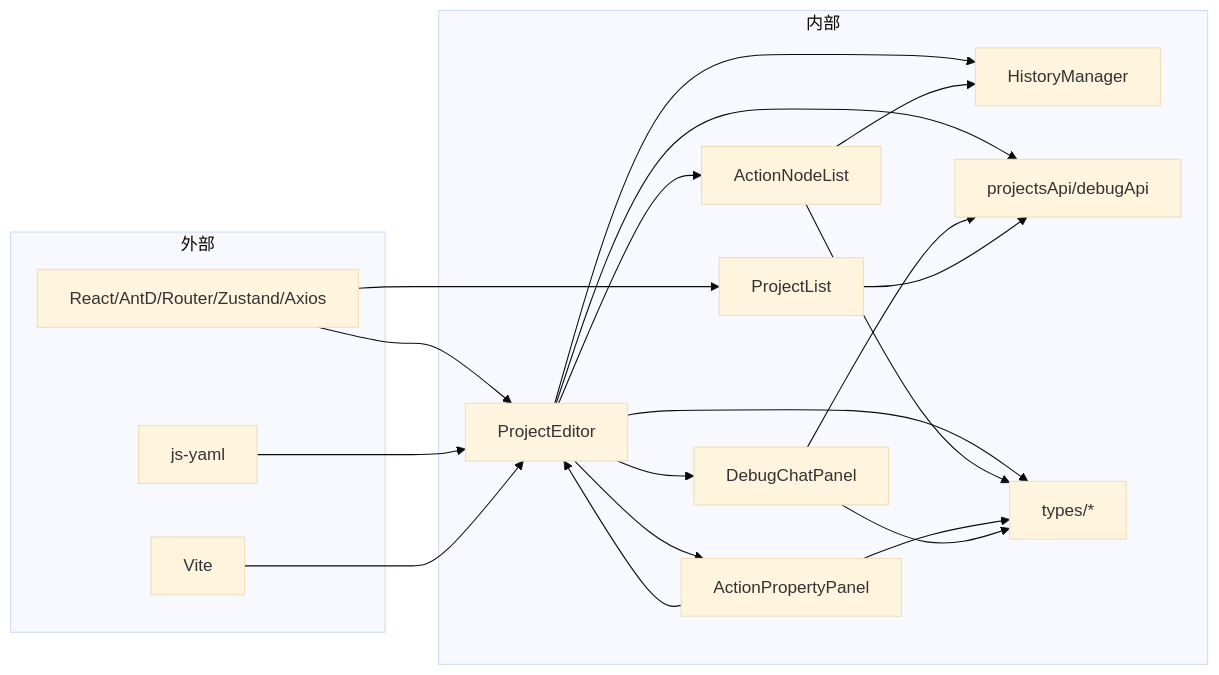
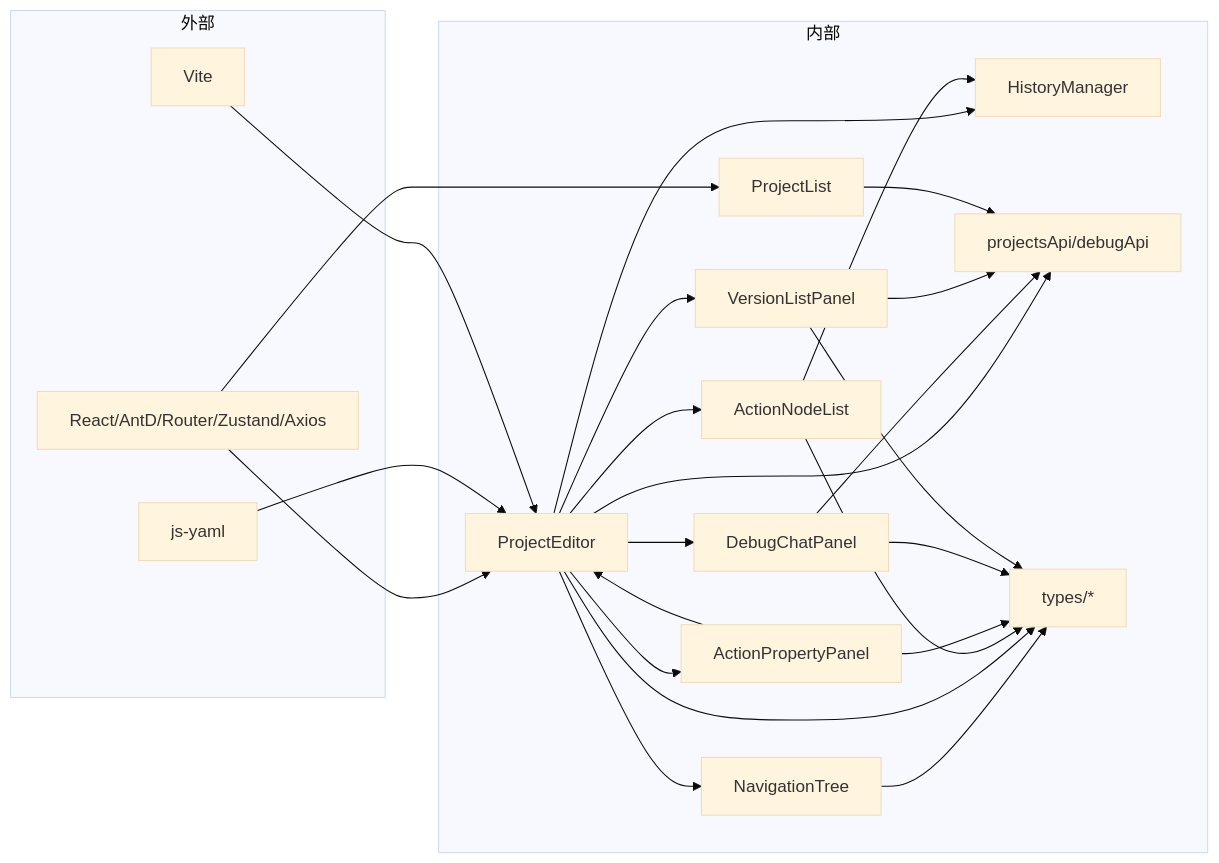
The tenth of 10 diagrams in .qoder/repowiki/zh/content/脚本编辑器/脚本编辑器.md (EverettCamus/HeartRule-Qoder), drawn with Mermaid (base theme) before and after one commit. The commit also changed other lines of this file and 40 other files, not shown here.

````diff
--- a/.qoder/repowiki/zh/content/脚本编辑器/脚本编辑器.md
+++ b/.qoder/repowiki/zh/content/脚本编辑器/脚本编辑器.md
@@ -367,35 +442,42 @@
 ```mermaid
 graph LR
 subgraph "外部"
 R["React/AntD/Router/Zustand/Axios"]
 Y["js-yaml"]
 V["Vite"]
 end
 subgraph "内部"
 PL["ProjectList"]
 PE["ProjectEditor"]
 ANL["ActionNodeList"]
 APP["ActionPropertyPanel"]
 DCP["DebugChatPanel"]
+VLP["VersionListPanel"]
+NT["NavigationTree"]
 HM["HistoryManager"]
 API["projectsApi/debugApi"]
 T["types/*"]
 end
 R --> PL
 R --> PE
 Y --> PE
 V --> PE
 PE --> ANL
 PE --> APP
 PE --> DCP
+PE --> VLP
+PE --> NT
 PE --> HM
 PE --> API
 ANL --> HM
 APP --> PE
 DCP --> API
+VLP --> API
+NT --> T
 PL --> API
 PE --> T
 ANL --> T
 APP --> T
 DCP --> T
+VLP --> T
 ```
````
